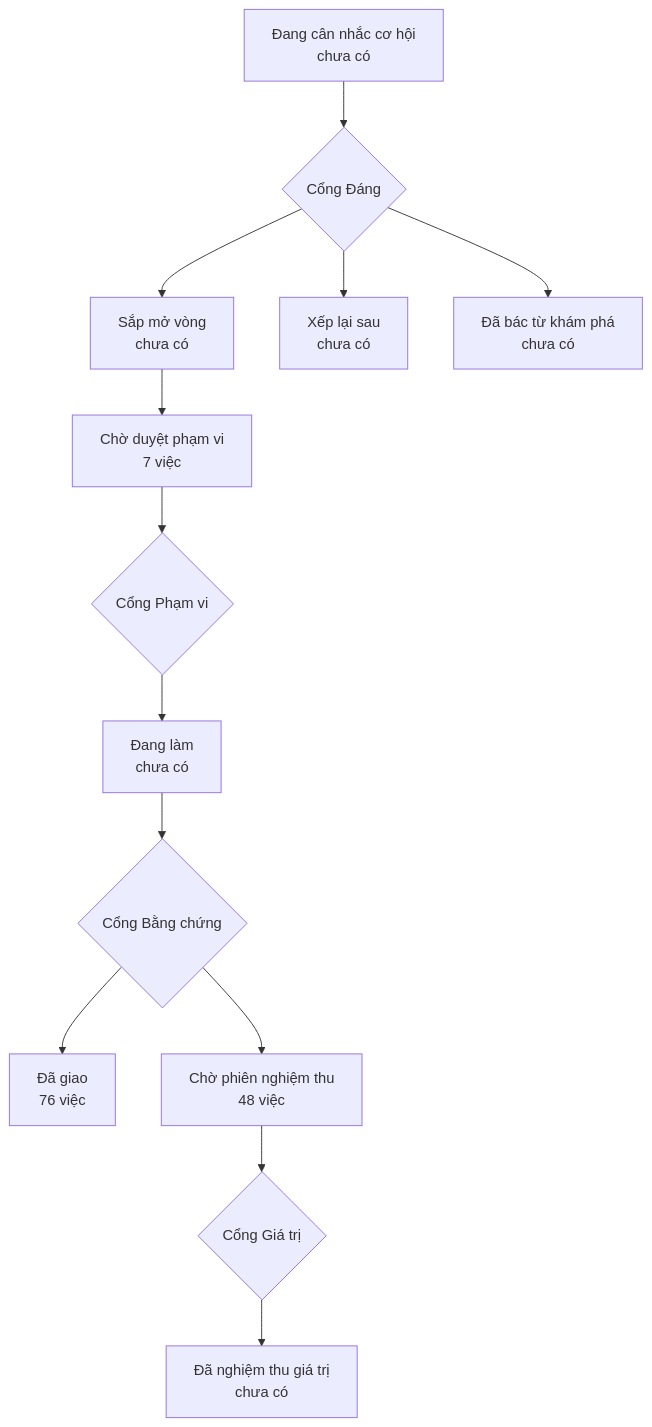
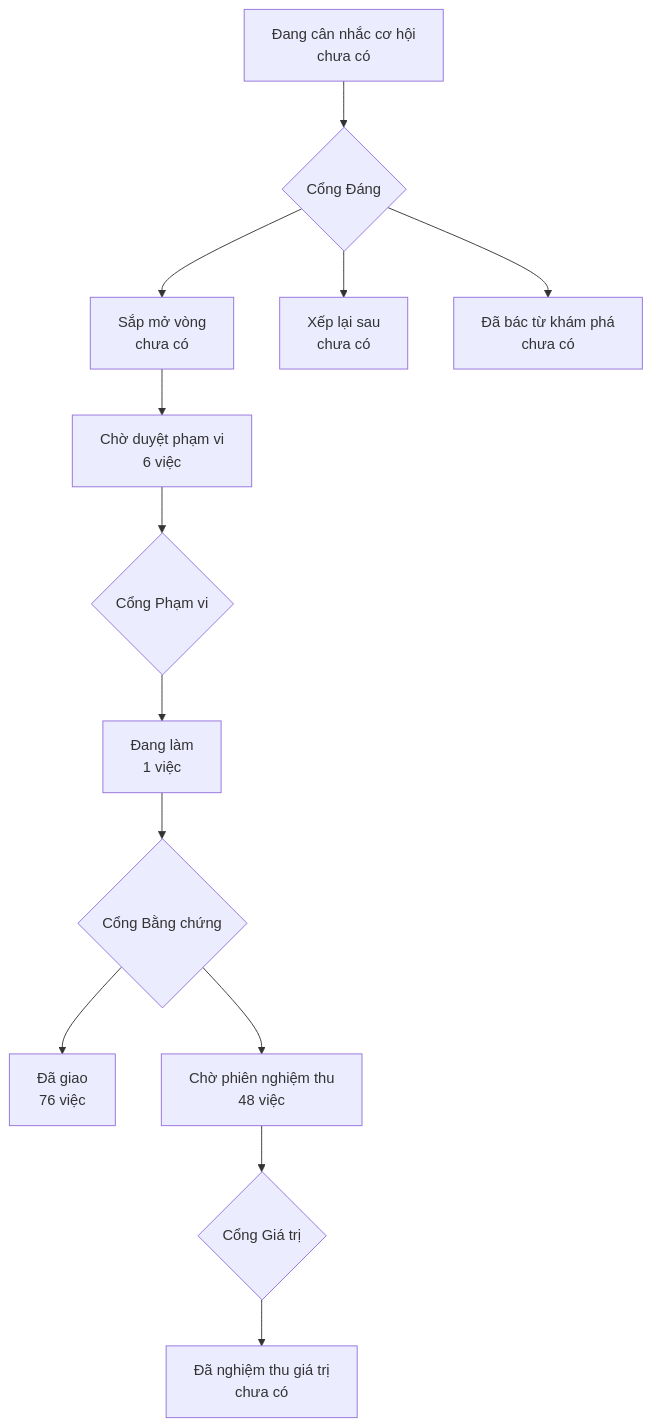
The diagram in PRODUCT-MAP.md (phanlemanh/onehub-invest), drawn with Mermaid before and after one commit. The commit also changed other lines of this file and 2 other files, not shown here.

Commit message:
Gate 1 approve: dong-chay-so-cu-may-thu — Mạnh (Hỏi-1 theo khuyến nghị)
Lời Mạnh 29/10 «Duyệt cả 8», giám sát chuyển nguyên văn.

````diff
--- a/PRODUCT-MAP.md
+++ b/PRODUCT-MAP.md
@@ -7,12 +7,12 @@
 ```mermaid
 flowchart TD
   A["Đang cân nhắc cơ hội<br/>chưa có"] --> GD{"Cổng Đáng"}
   GD --> B["Sắp mở vòng<br/>chưa có"]
   GD --> XL["Xếp lại sau<br/>chưa có"]
   GD --> DB["Đã bác từ khám phá<br/>chưa có"]
-  B --> CD["Chờ duyệt phạm vi<br/>7 việc"] --> GP{"Cổng Phạm vi"}
-  GP --> DL["Đang làm<br/>chưa có"] --> GB{"Cổng Bằng chứng"}
+  B --> CD["Chờ duyệt phạm vi<br/>6 việc"] --> GP{"Cổng Phạm vi"}
+  GP --> DL["Đang làm<br/>1 việc"] --> GB{"Cổng Bằng chứng"}
   GB --> DG["Đã giao<br/>76 việc"]
   GB --> CN["Chờ phiên nghiệm thu<br/>48 việc"] --> GG{"Cổng Giá trị"}
   GG --> NT["Đã nghiệm thu giá trị<br/>chưa có"]
 ```
````
